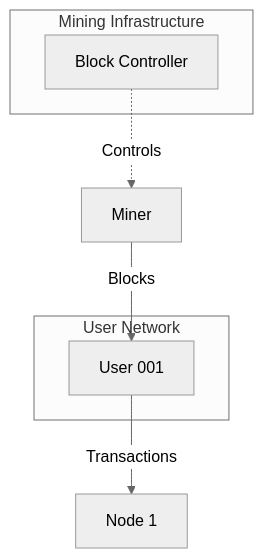
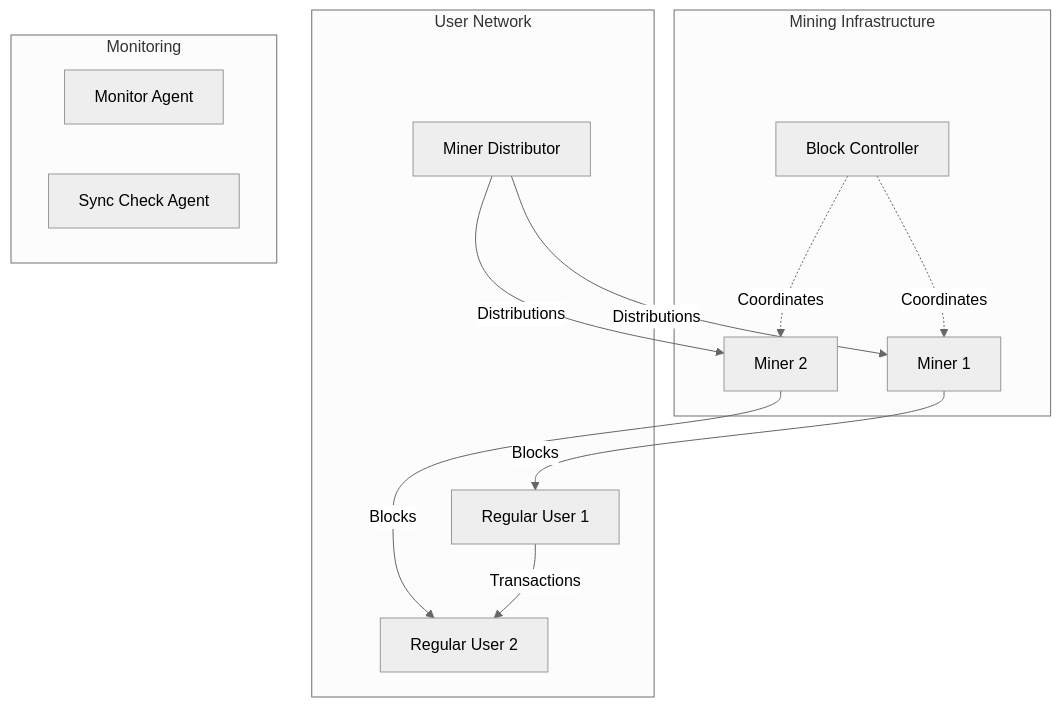
The third of 4 diagrams in .kilocode/rules/memory-bank/architecture.md (Fountain5405/monerosim), drawn with Mermaid (neutral theme) before and after one commit. The commit also changed other lines of this file and 1149 other files, not shown here.

````diff
--- a/.kilocode/rules/memory-bank/architecture.md
+++ b/.kilocode/rules/memory-bank/architecture.md
@@ -155,17 +229,27 @@
 ```mermaid
 graph TD
     subgraph "Mining Infrastructure"
         BC[Block Controller]
+        M1[Miner 1]
+        M2[Miner 2]
     end
 
     subgraph "User Network"
-        U1[User 001]
+        U1[Regular User 1]
+        U2[Regular User 2]
+        MD[Miner Distributor]
     end
 
+    subgraph "Monitoring"
+        MON[Monitor Agent]
+        SYNC[Sync Check Agent]
+    end
 
-    BC -.->|Controls| M1[Miner]
-
-    U1 -->|Transactions| N1[Node 1]
-
+    BC -.->|Coordinates| M1
+    BC -.->|Coordinates| M2
     M1 -->|Blocks| U1
+    M2 -->|Blocks| U2
+    MD -->|Distributions| M1
+    MD -->|Distributions| M2
+    U1 -->|Transactions| U2
 ```
````
